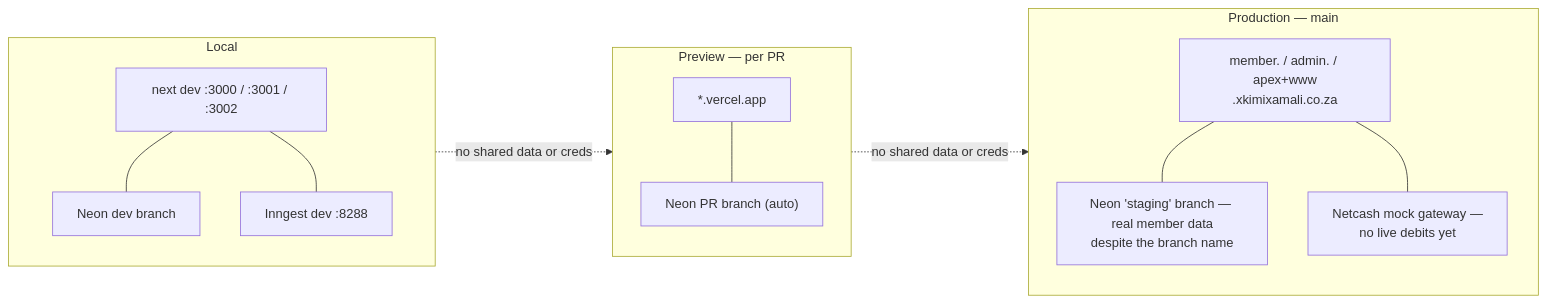
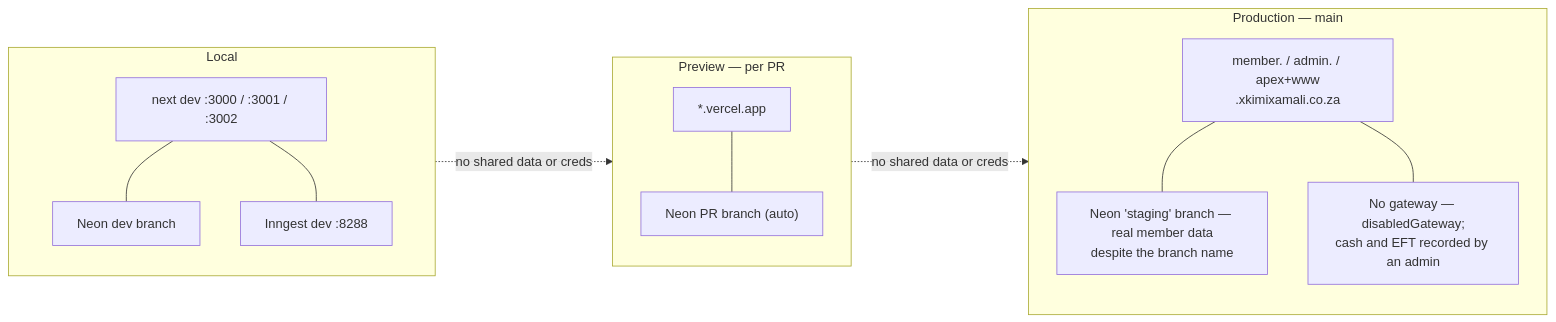
Before and after one commit to KSDRILL-SA/Xkimi-Xa-Mali: the third of 3 diagrams in docs/architecture/04-infrastructure-deployment.md, drawn with Mermaid. The commit also changed other lines of this file and 14 other files, not shown here.

````diff
--- a/docs/architecture/04-infrastructure-deployment.md
+++ b/docs/architecture/04-infrastructure-deployment.md
@@ -105,15 +109,15 @@
 ```mermaid
 flowchart LR
     subgraph L["Local"]
         LA["next dev :3000 / :3001 / :3002"] --- LDB["Neon dev branch"]
         LA --- LIN["Inngest dev :8288"]
     end
     subgraph P["Preview — per PR"]
         PA["*.vercel.app"] --- PDB["Neon PR branch (auto)"]
     end
     subgraph PR["Production — main"]
         PRA["member. / admin. / apex+www<br/>.xkimixamali.co.za"] --- PRDB["Neon 'staging' branch — real member data<br/>despite the branch name"]
-        PRA --- PRNC["Netcash mock gateway —<br/>no live debits yet"]
+        PRA --- PRNC["No gateway — disabledGateway;<br/>cash and EFT recorded by an admin"]
     end
     L -.->|no shared data or creds| P -.->|no shared data or creds| PR
 ```
````
